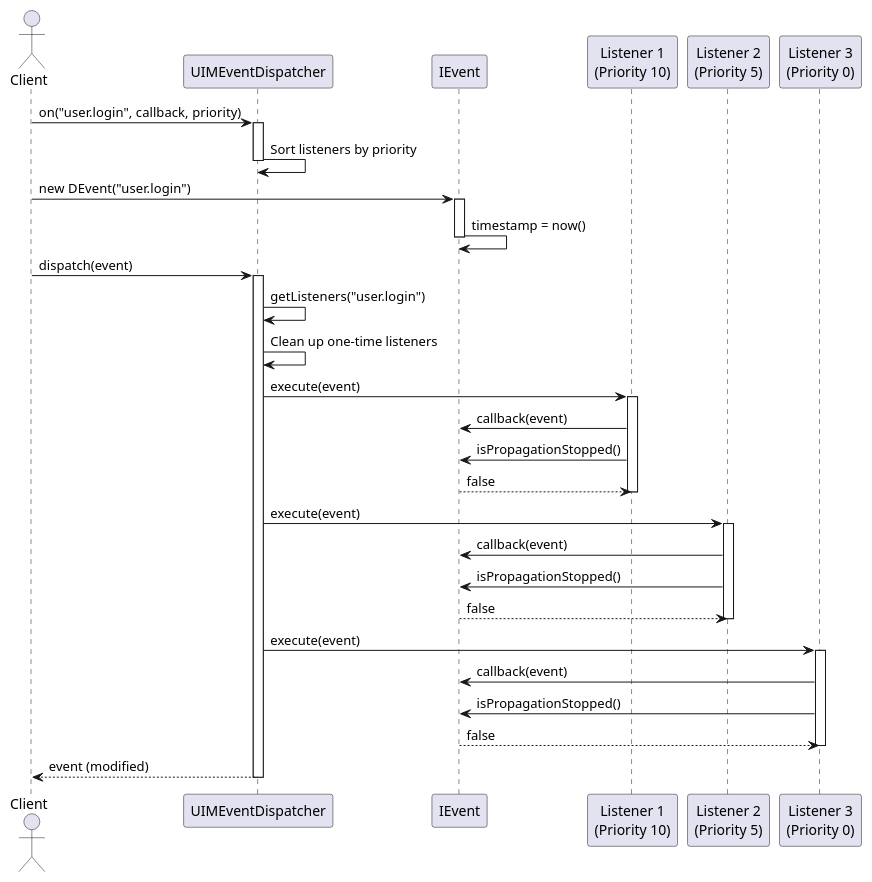
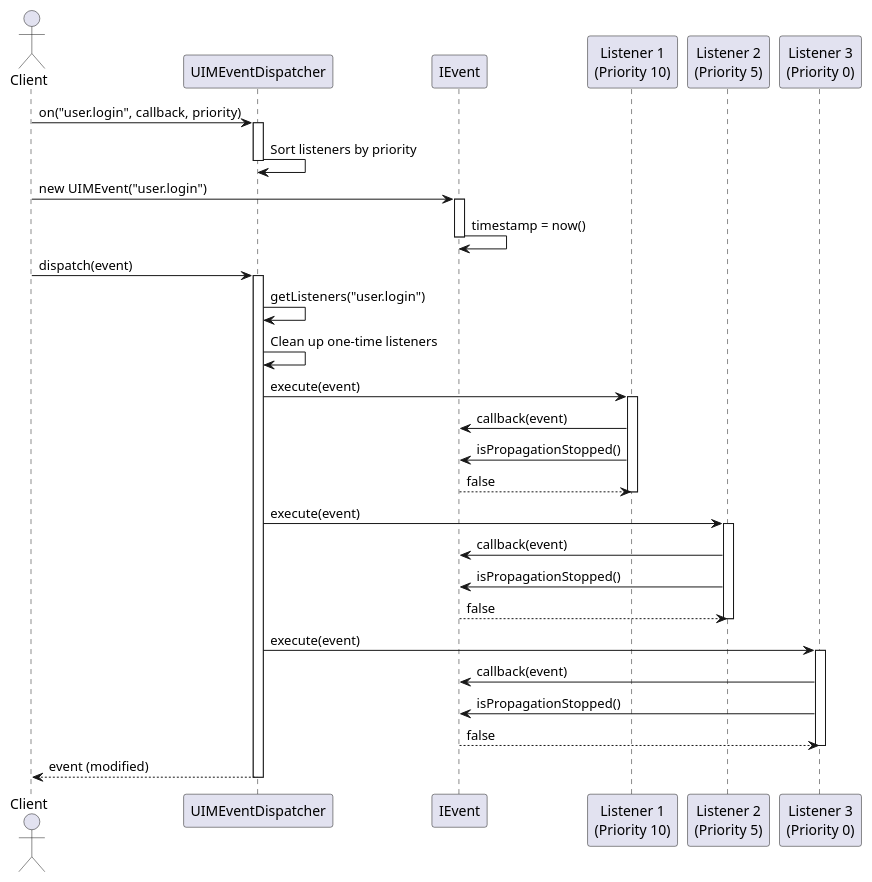
Before and after one commit to UIMSolutions/uim-framework: the fourth of 12 diagrams in events/UML.md, drawn with PlantUML. The commit also changed other lines of this file and 21 other files, not shown here.

First line of the commit message:
Refactor event system to use UIMEvent and related interfaces

````diff
--- a/events/UML.md
+++ b/events/UML.md
@@ -175,52 +175,52 @@
 ```plantuml
 @startuml Events_Lifecycle_Sequence
 
 actor Client
 participant Dispatcher as "UIMEventDispatcher"
 participant Event as "IEvent"
 participant "Listener 1\n(Priority 10)" as L1
 participant "Listener 2\n(Priority 5)" as L2
 participant "Listener 3\n(Priority 0)" as L3
 
 Client -> Dispatcher: on("user.login", callback, priority)
 activate Dispatcher
 Dispatcher -> Dispatcher: Sort listeners by priority
 deactivate Dispatcher
 
-Client -> Event: new DEvent("user.login")
+Client -> Event: new UIMEvent("user.login")
 activate Event
 Event -> Event: timestamp = now()
 deactivate Event
 
 Client -> Dispatcher: dispatch(event)
 activate Dispatcher
 
 Dispatcher -> Dispatcher: getListeners("user.login")
 Dispatcher -> Dispatcher: Clean up one-time listeners
 
 Dispatcher -> L1: execute(event)
 activate L1
 L1 -> Event: callback(event)
 L1 -> Event: isPropagationStopped()
 Event --> L1: false
 deactivate L1
 
 Dispatcher -> L2: execute(event)
 activate L2
 L2 -> Event: callback(event)
 L2 -> Event: isPropagationStopped()
 Event --> L2: false
 deactivate L2
 
 Dispatcher -> L3: execute(event)
 activate L3
 L3 -> Event: callback(event)
 L3 -> Event: isPropagationStopped()
 Event --> L3: false
 deactivate L3
 
 Dispatcher --> Client: event (modified)
 deactivate Dispatcher
 
 @enduml
 ```
````
